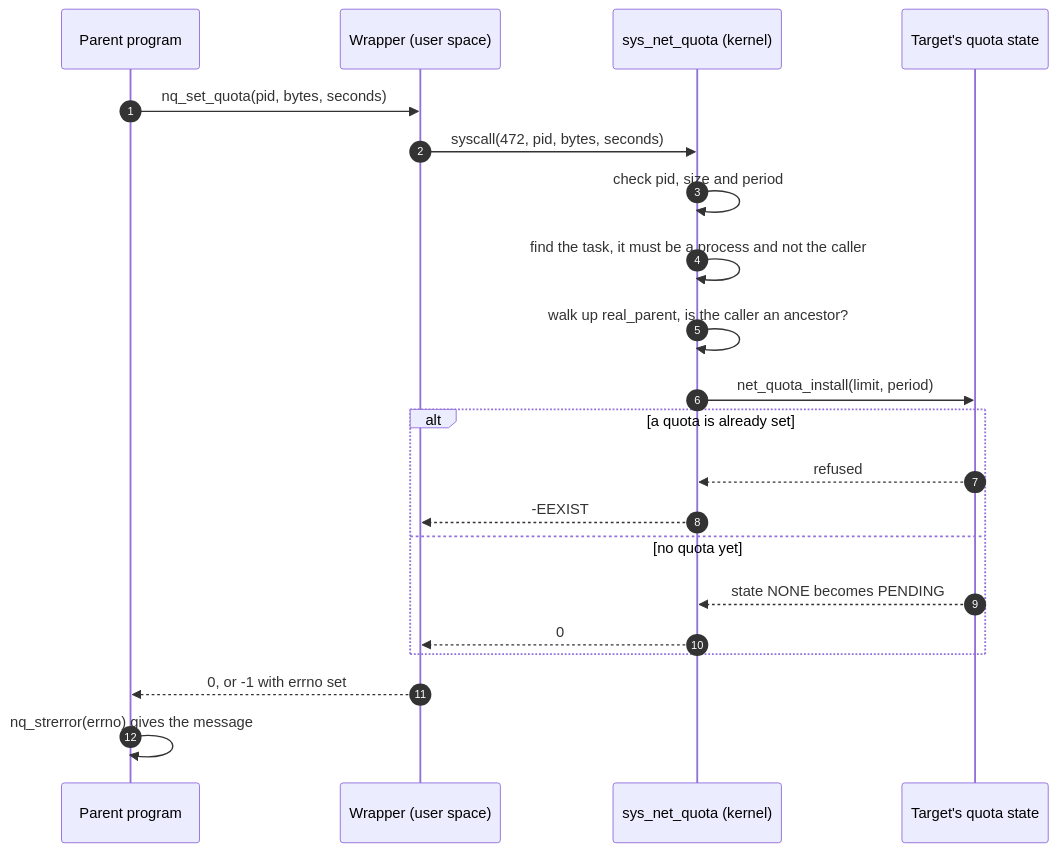
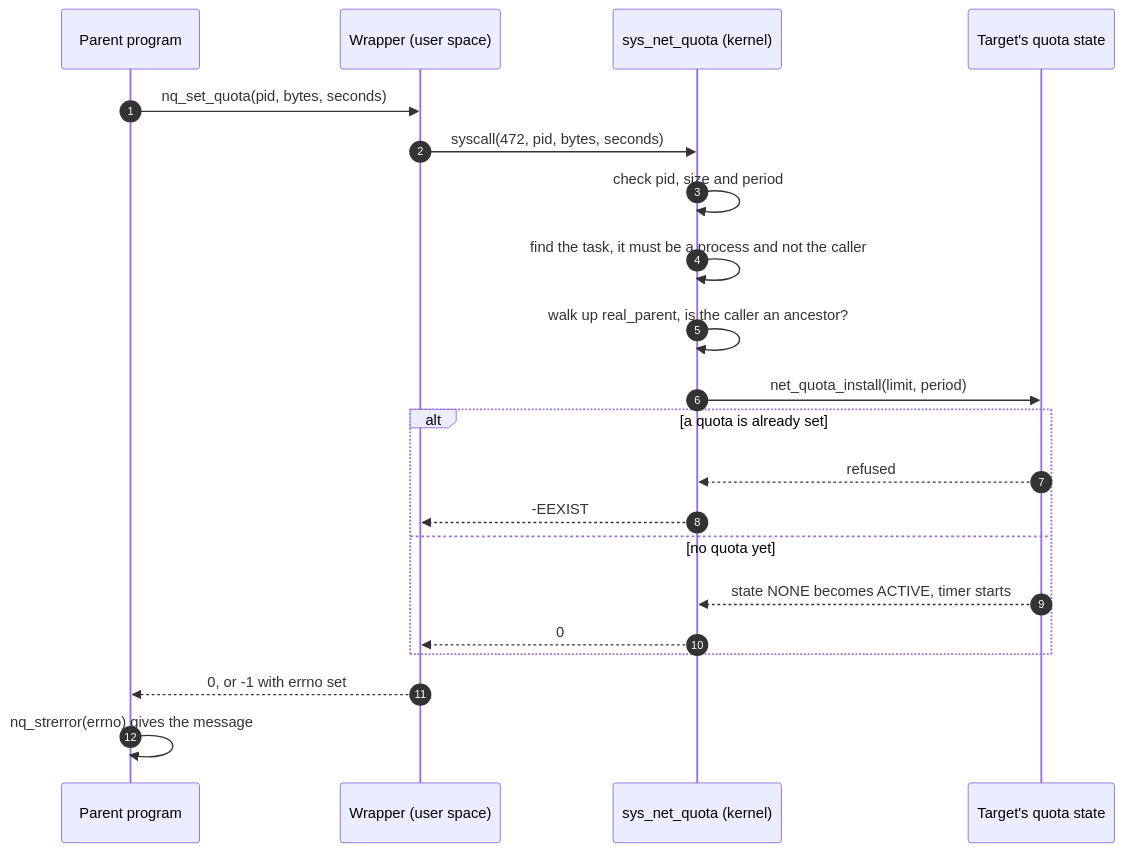
Before and after one commit to Dhruv0306/net-quota-syscall: the second of 6 diagrams in docs/how-it-works.md, drawn with Mermaid. The commit also changed other lines of this file and 3 other files, not shown here.

````diff
--- a/docs/how-it-works.md
+++ b/docs/how-it-works.md
@@ -61,23 +61,23 @@
 ```mermaid
 sequenceDiagram
   autonumber
   participant P as Parent program
   participant W as Wrapper (user space)
   participant K as sys_net_quota (kernel)
   participant Q as Target's quota state
   P->>W: nq_set_quota(pid, bytes, seconds)
   W->>K: syscall(472, pid, bytes, seconds)
   K->>K: check pid, size and period
   K->>K: find the task, it must be a process and not the caller
   K->>K: walk up real_parent, is the caller an ancestor?
   K->>Q: net_quota_install(limit, period)
   alt a quota is already set
     Q-->>K: refused
     K-->>W: -EEXIST
   else no quota yet
-    Q-->>K: state NONE becomes PENDING
+    Q-->>K: state NONE becomes ACTIVE, timer starts
     K-->>W: 0
   end
   W-->>P: 0, or -1 with errno set
   P->>P: nq_strerror(errno) gives the message
 ```
````
